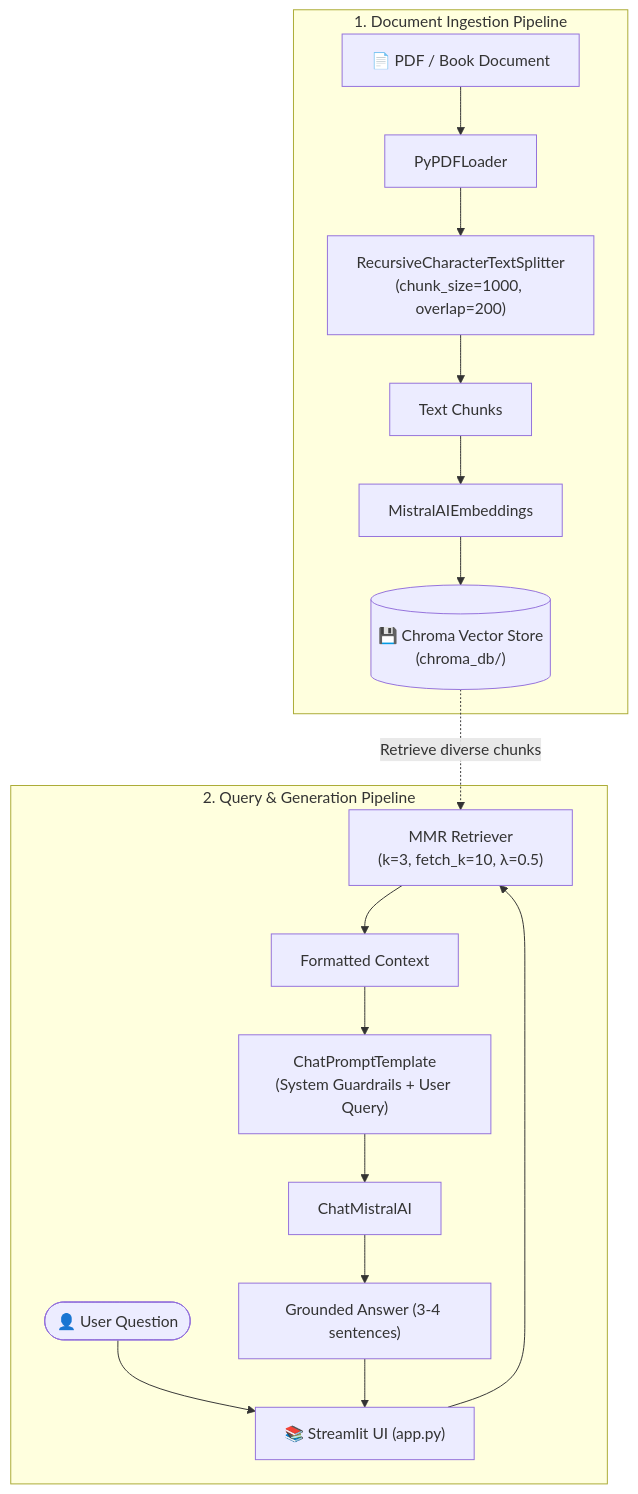
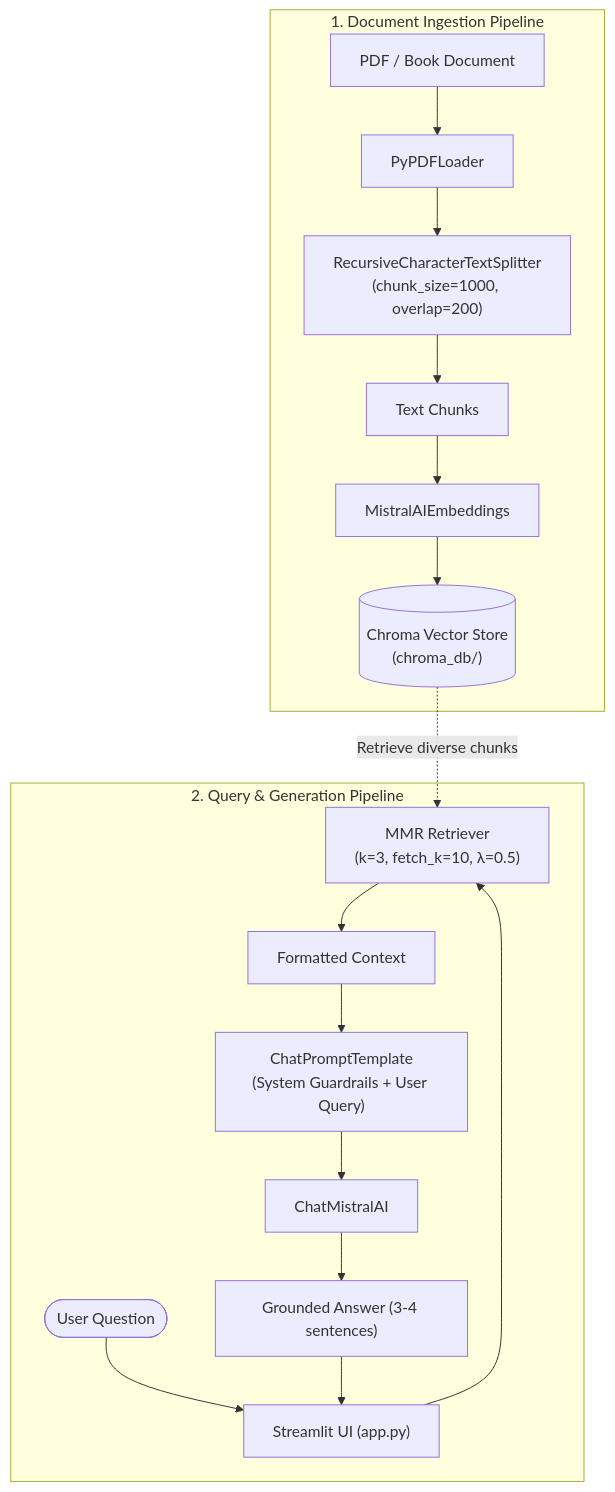
One commit to Navamanidhassan/RAG_langchain_bot changed the diagram in README.md. Above: the diagram before and after it, drawn with Mermaid. The commit also changed other lines of this file and 2 other files, not shown here.

````diff
--- a/README.md
+++ b/README.md
@@ -61,21 +60,21 @@
 ```mermaid
 flowchart TD
     subgraph Ingestion["1. Document Ingestion Pipeline"]
-        PDF["📄 PDF / Book Document"] --> Loader["PyPDFLoader"]
+        PDF["PDF / Book Document"] --> Loader["PyPDFLoader"]
         Loader --> Splitter["RecursiveCharacterTextSplitter\n(chunk_size=1000, overlap=200)"]
         Splitter --> Chunks["Text Chunks"]
         Chunks --> Embed["MistralAIEmbeddings"]
-        Embed --> ChromaDB[("💾 Chroma Vector Store\n(chroma_db/)")]
+        Embed --> ChromaDB[("Chroma Vector Store\n(chroma_db/)")]
     end
 
     subgraph QueryPipeline["2. Query & Generation Pipeline"]
-        User(["👤 User Question"]) --> UI["📚 Streamlit UI (app.py)"]
+        User(["User Question"]) --> UI["Streamlit UI (app.py)"]
         UI --> Retriever["MMR Retriever\n(k=3, fetch_k=10, λ=0.5)"]
         ChromaDB -.->|"Retrieve diverse chunks"| Retriever
         Retriever --> Context["Formatted Context"]
         Context --> PromptTemplate["ChatPromptTemplate\n(System Guardrails + User Query)"]
         PromptTemplate --> LLM["ChatMistralAI"]
         LLM --> Answer["Grounded Answer (3-4 sentences)"]
         Answer --> UI
     end
 ```
````
